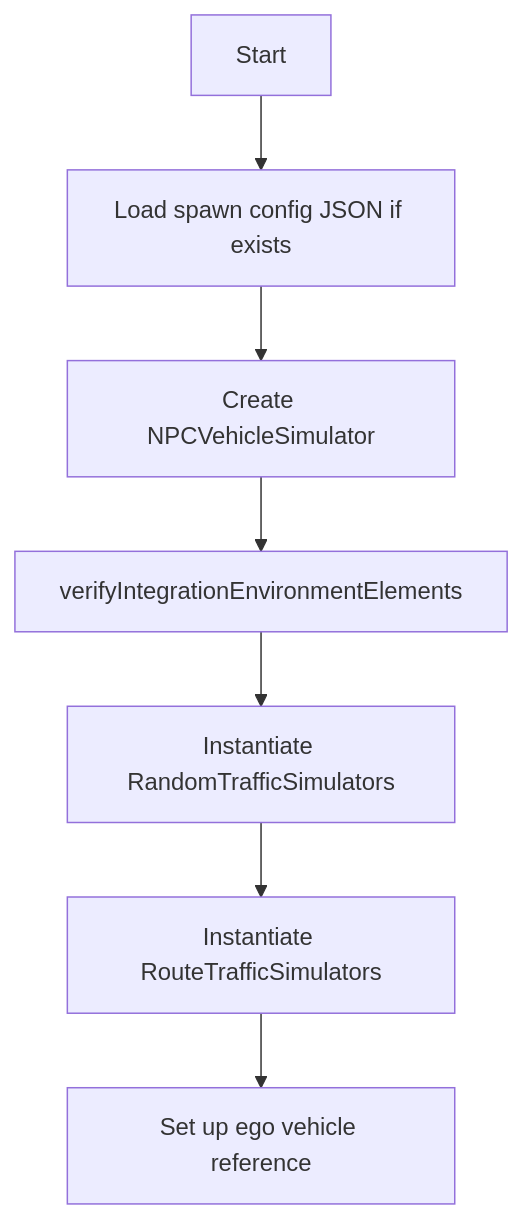
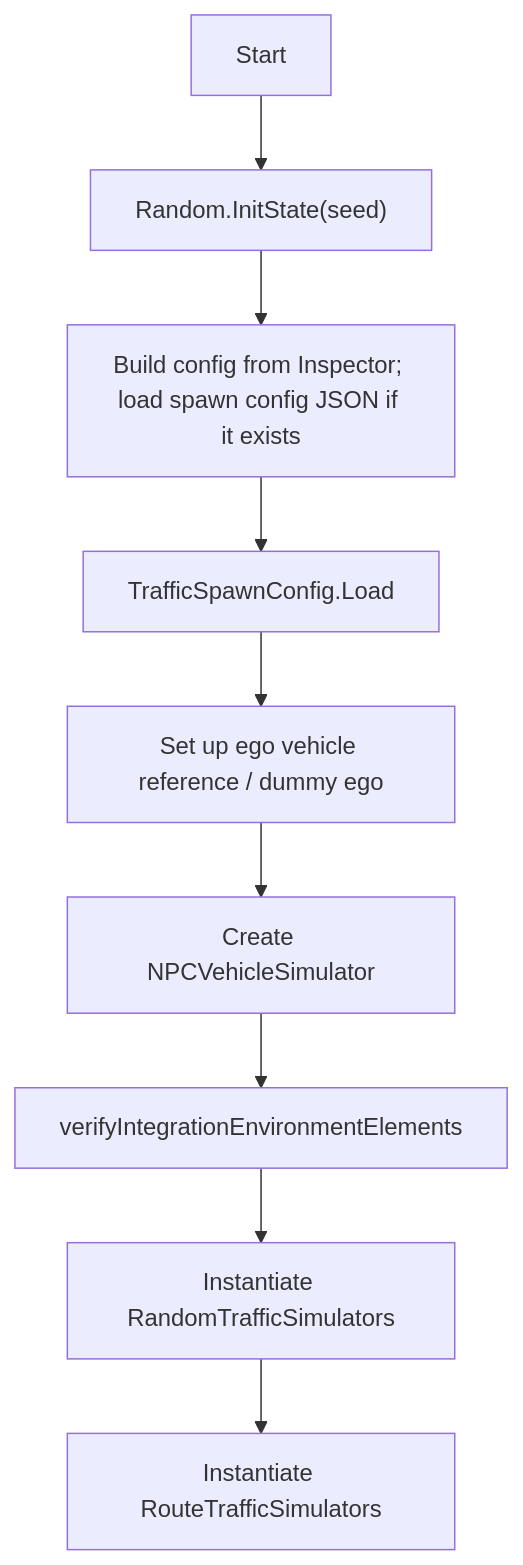
Before and after one commit to tlab-wide/V2X_E2E_Simulator: the fifth of 5 diagrams in docs/Components/TrafficManager/index.md, drawn with Mermaid. The commit also changed other lines of this file and 21 other files, not shown here.

````diff
--- a/docs/Components/TrafficManager/index.md
+++ b/docs/Components/TrafficManager/index.md
@@ -280,9 +318,11 @@
 ```mermaid
 graph TD
-    A[Start] --> B[Load spawn config JSON if exists]
-    B --> C[Create NPCVehicleSimulator]
+    A[Start] --> S["Random.InitState(seed)"]
+    S --> B[Build config from Inspector; load spawn config JSON if it exists]
+    B --> T[TrafficSpawnConfig.Load]
+    T --> G[Set up ego vehicle reference / dummy ego]
+    G --> C[Create NPCVehicleSimulator]
     C --> D[verifyIntegrationEnvironmentElements]
     D --> E[Instantiate RandomTrafficSimulators]
     E --> F[Instantiate RouteTrafficSimulators]
-    F --> G[Set up ego vehicle reference]
 ```
````
